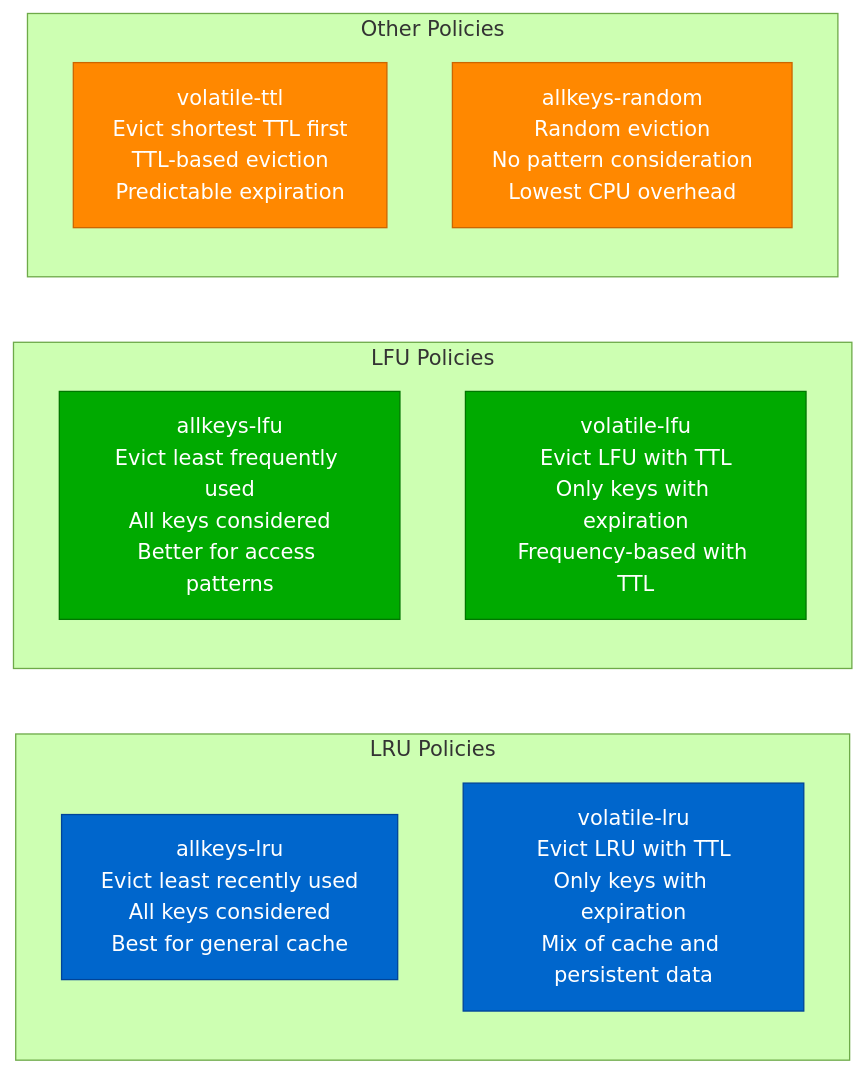
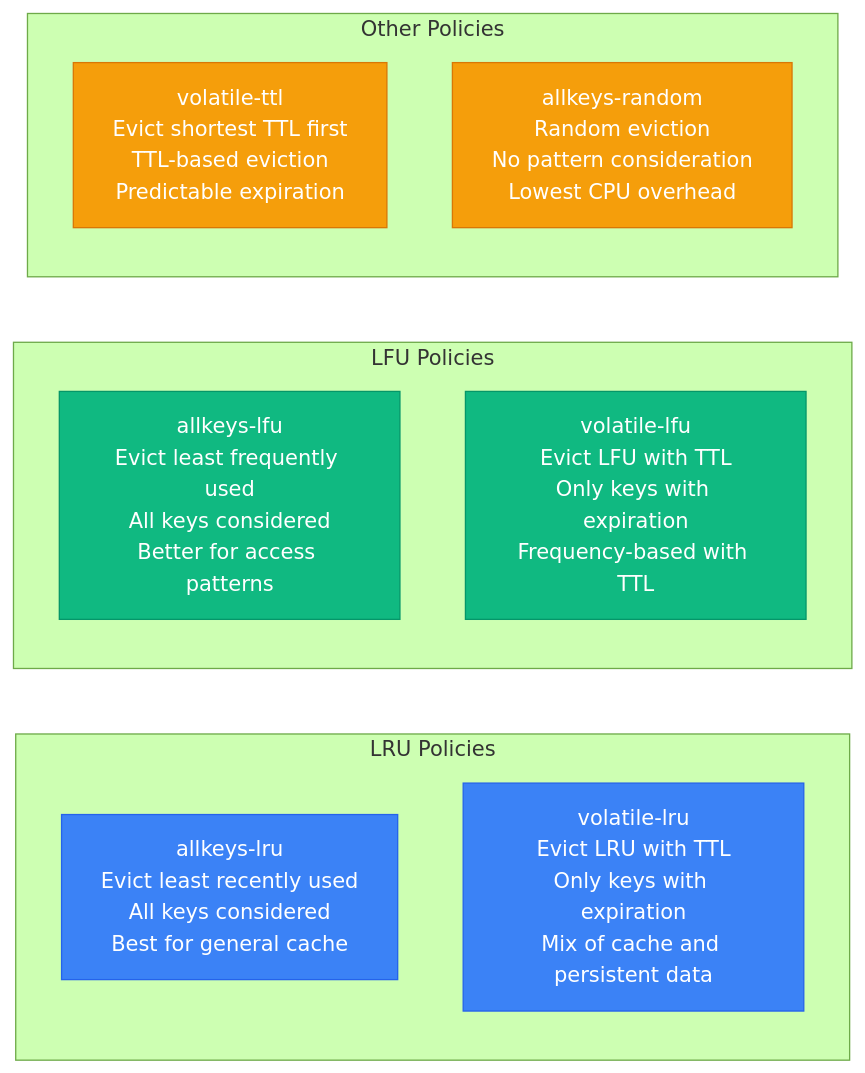
Before and after one commit to deepaucksharma/DS: diagram 11 of 15 in site/docs/performance/redis-performance-profile.md, drawn with Mermaid (forest theme). The commit also changed other lines of this file and 303 other files, not shown here.

````diff
--- a/site/docs/performance/redis-performance-profile.md
+++ b/site/docs/performance/redis-performance-profile.md
@@ -373,28 +373,28 @@
 ```mermaid
 graph LR
     subgraph "LRU Policies"
         LRU1[allkeys-lru<br/>Evict least recently used<br/>All keys considered<br/>Best for general cache]
 
         LRU2[volatile-lru<br/>Evict LRU with TTL<br/>Only keys with expiration<br/>Mix of cache and persistent data]
     end
 
     subgraph "LFU Policies"
         LFU1[allkeys-lfu<br/>Evict least frequently used<br/>All keys considered<br/>Better for access patterns]
 
         LFU2[volatile-lfu<br/>Evict LFU with TTL<br/>Only keys with expiration<br/>Frequency-based with TTL]
     end
 
     subgraph "Other Policies"
         OTHER1[volatile-ttl<br/>Evict shortest TTL first<br/>TTL-based eviction<br/>Predictable expiration]
 
         OTHER2[allkeys-random<br/>Random eviction<br/>No pattern consideration<br/>Lowest CPU overhead]
     end
 
-    classDef lruStyle fill:#0066CC,stroke:#004499,color:#fff
-    classDef lfuStyle fill:#00AA00,stroke:#007700,color:#fff
-    classDef otherStyle fill:#FF8800,stroke:#CC6600,color:#fff
+    classDef lruStyle fill:#3B82F6,stroke:#2563EB,color:#fff
+    classDef lfuStyle fill:#10B981,stroke:#059669,color:#fff
+    classDef otherStyle fill:#F59E0B,stroke:#D97706,color:#fff
 
     class LRU1,LRU2 lruStyle
     class LFU1,LFU2 lfuStyle
     class OTHER1,OTHER2 otherStyle
 ```
````
